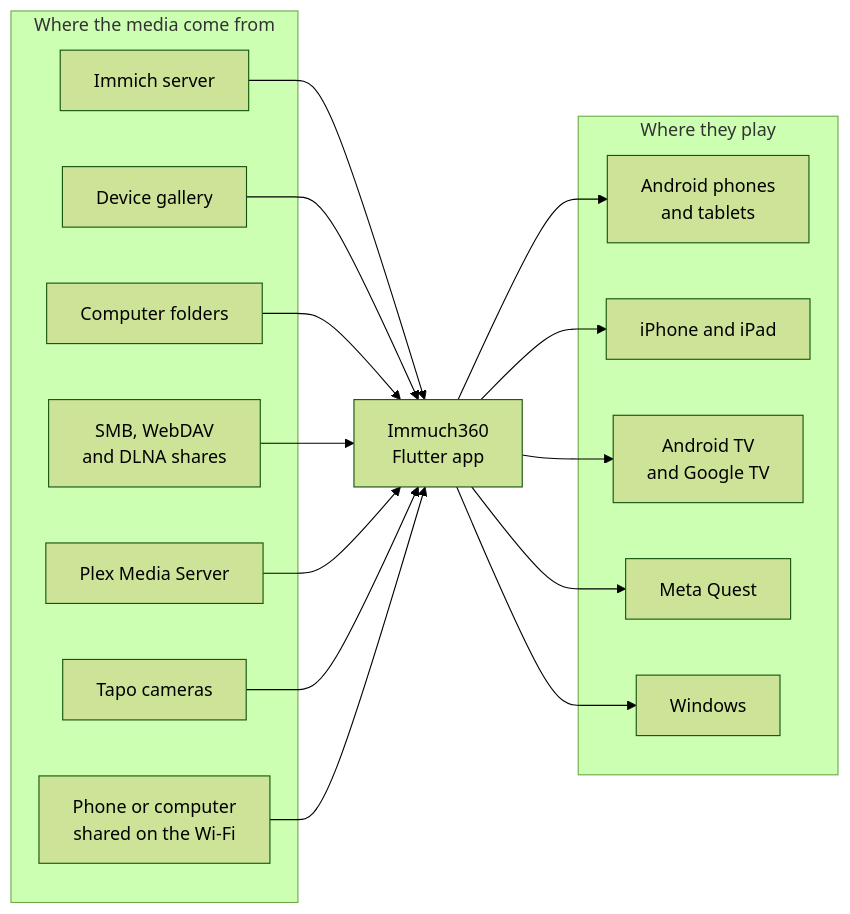
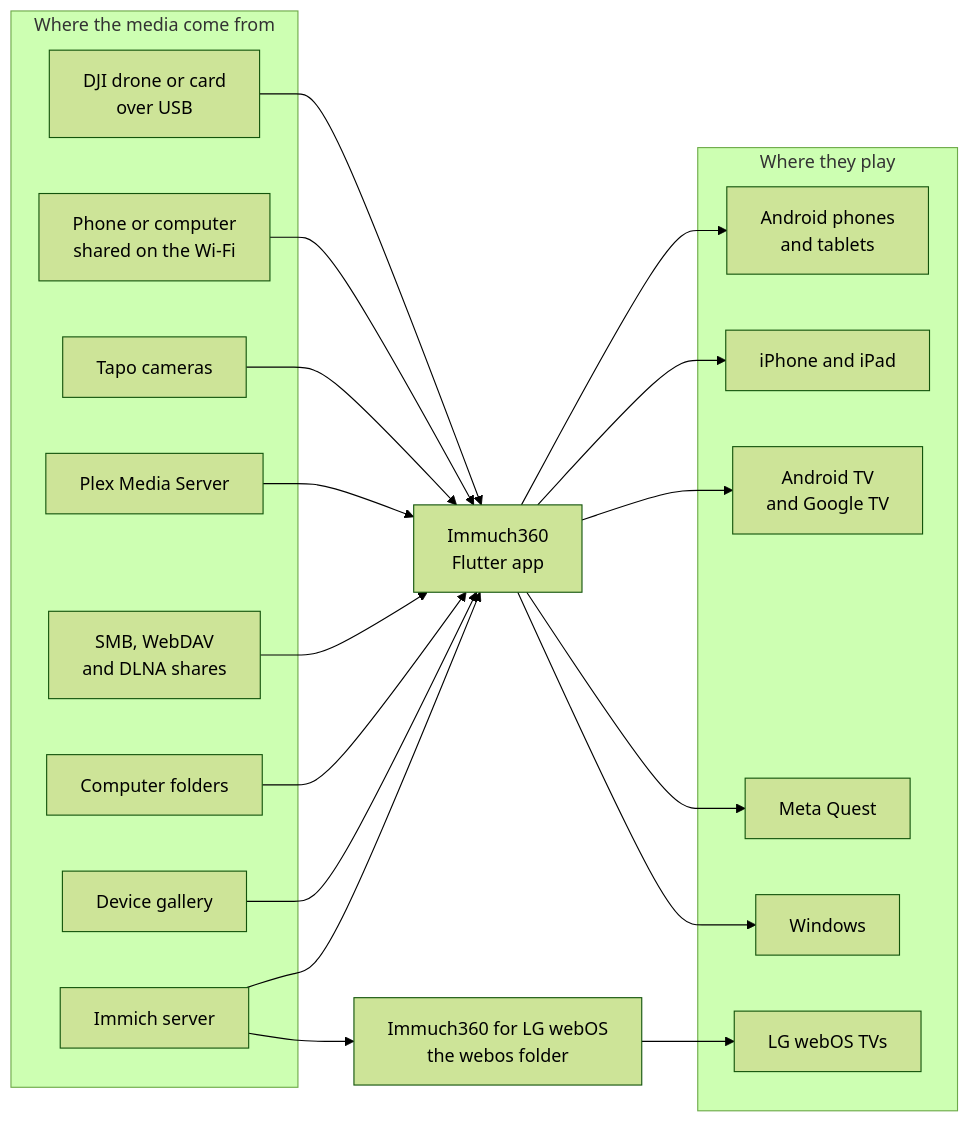
Before and after one commit to freeKC/Immuch360: the first of 3 diagrams in docs/immuch360/technical-details.md, drawn with Mermaid (forest theme). The commit also changed other lines of this file and 100 other files, not shown here.

````diff
--- a/docs/immuch360/technical-details.md
+++ b/docs/immuch360/technical-details.md
@@ -11,32 +11,38 @@
 ```mermaid
 flowchart LR
     subgraph SOURCES ["Where the media come from"]
         IMMICH["Immich server"]
         DEVICE["Device gallery"]
         FOLDERS["Computer folders"]
         SHARES["SMB, WebDAV<br/>and DLNA shares"]
         PLEX["Plex Media Server"]
         TAPO["Tapo cameras"]
         PEER["Phone or computer<br/>shared on the Wi-Fi"]
+        DRONE["DJI drone or card<br/>over USB"]
     end
     APP["Immuch360<br/>Flutter app"]
     subgraph SCREENS ["Where they play"]
         PHONE["Android phones<br/>and tablets"]
         IOS["iPhone and iPad"]
         TV["Android TV<br/>and Google TV"]
         QUEST["Meta Quest"]
         WIN["Windows"]
+        LGTV["LG webOS TVs"]
     end
+    WEBOS["Immuch360 for LG webOS<br/>the webos folder"]
     IMMICH --> APP
     DEVICE --> APP
     FOLDERS --> APP
     SHARES --> APP
     PLEX --> APP
     TAPO --> APP
     PEER --> APP
+    DRONE --> APP
+    IMMICH --> WEBOS
+    WEBOS --> LGTV
     APP --> PHONE
     APP --> IOS
     APP --> TV
     APP --> QUEST
     APP --> WIN
 ```
````
